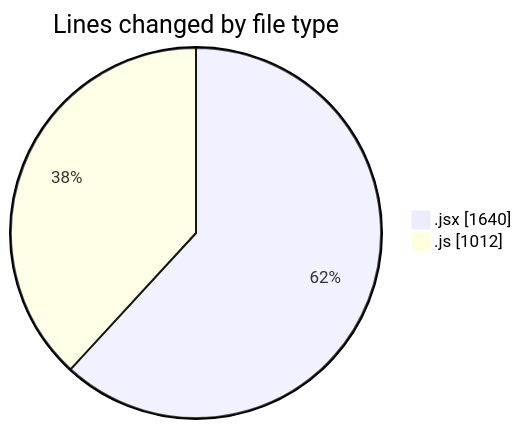
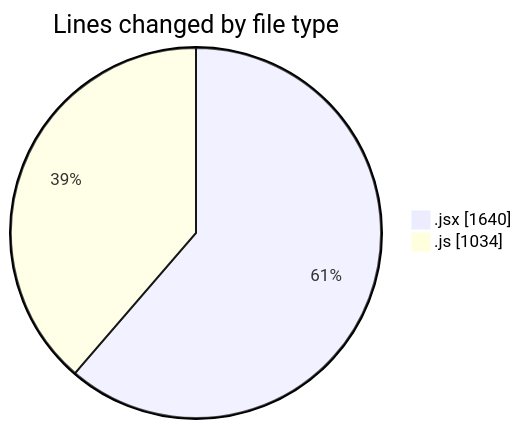
The first of 2 diagrams in 2025-09-23/nxtqube_webapp/README.md (nxtqubesakshisongat/code-tracking), drawn with Mermaid before and after one commit. The commit also changed other lines of this file and 1 other file, not shown here.

````diff
--- a/2025-09-23/nxtqube_webapp/README.md
+++ b/2025-09-23/nxtqube_webapp/README.md
@@ -21,6 +21,6 @@
 ```mermaid
 pie showData
 title Lines changed by file type
 ".jsx" : 1640
-".js" : 1012
+".js" : 1034
 ```
````
